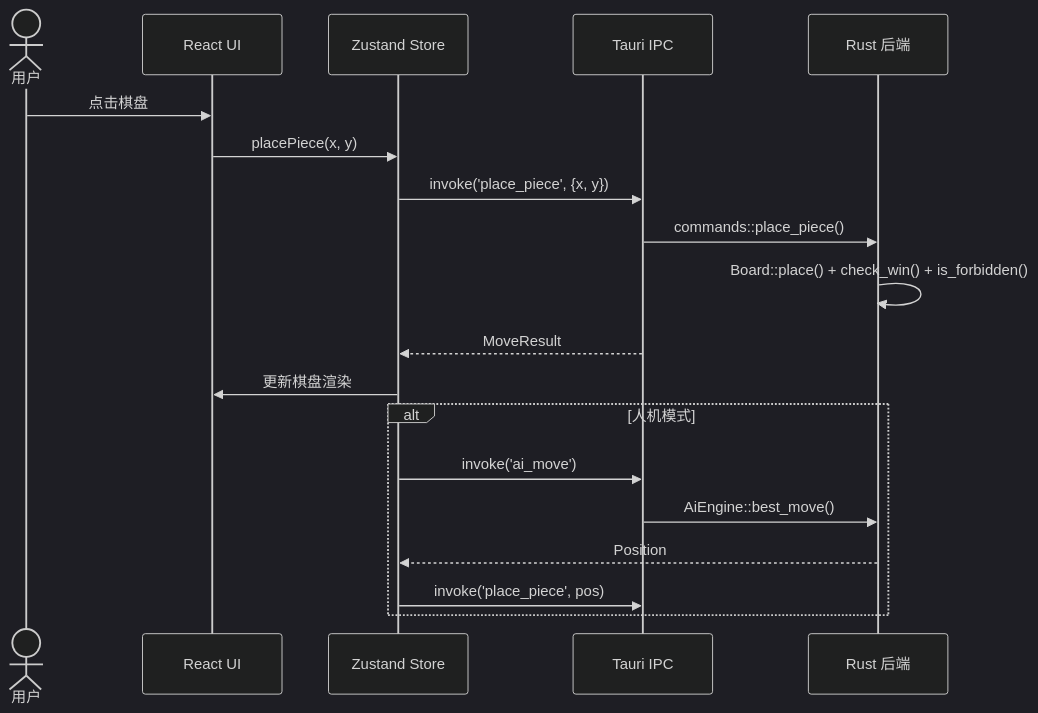
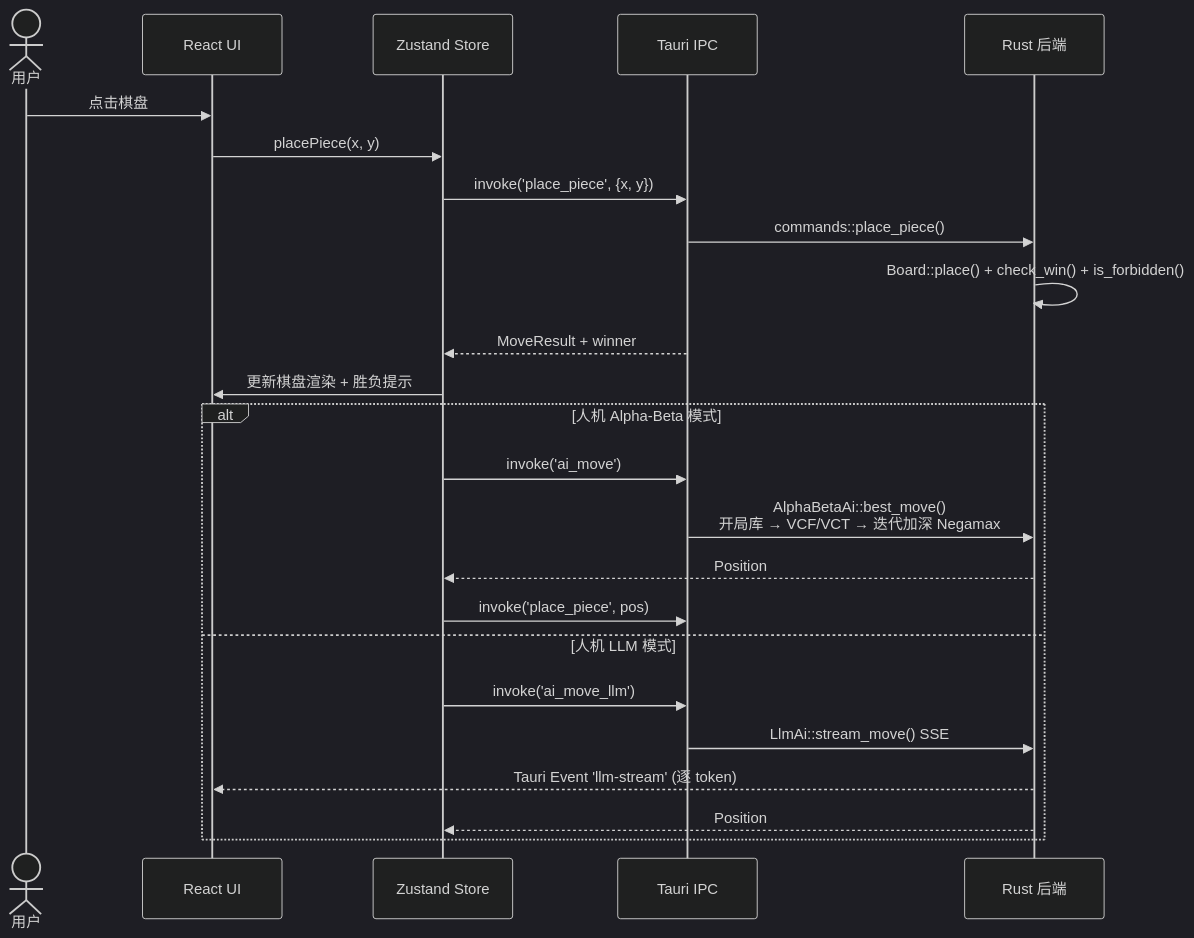
One commit to LHY0125/Gobang-Game changed the second of 2 diagrams in README.md. Above: the diagram before and after it, drawn with Mermaid (dark theme). The commit also changed other lines of this file and 12 other files, not shown here.

````diff
--- a/README.md
+++ b/README.md
@@ -62,23 +68,28 @@
 ```mermaid
 sequenceDiagram
     actor U as 用户
     participant UI as React UI
     participant Z as Zustand Store
     participant IPC as Tauri IPC
     participant R as Rust 后端
 
     U->>UI: 点击棋盘
     UI->>Z: placePiece(x, y)
     Z->>IPC: invoke('place_piece', {x, y})
     IPC->>R: commands::place_piece()
     R->>R: Board::place() + check_win() + is_forbidden()
-    IPC-->>Z: MoveResult
-    Z->>UI: 更新棋盘渲染
+    IPC-->>Z: MoveResult + winner
+    Z->>UI: 更新棋盘渲染 + 胜负提示
 
-    alt 人机模式
+    alt 人机 Alpha-Beta 模式
         Z->>IPC: invoke('ai_move')
-        IPC->>R: AiEngine::best_move()
+        IPC->>R: AlphaBetaAi::best_move()<br/>开局库 → VCF/VCT → 迭代加深 Negamax
         R-->>Z: Position
         Z->>IPC: invoke('place_piece', pos)
+    else 人机 LLM 模式
+        Z->>IPC: invoke('ai_move_llm')
+        IPC->>R: LlmAi::stream_move() SSE
+        R-->>UI: Tauri Event 'llm-stream' (逐 token)
+        R-->>Z: Position
     end
 ```
````
